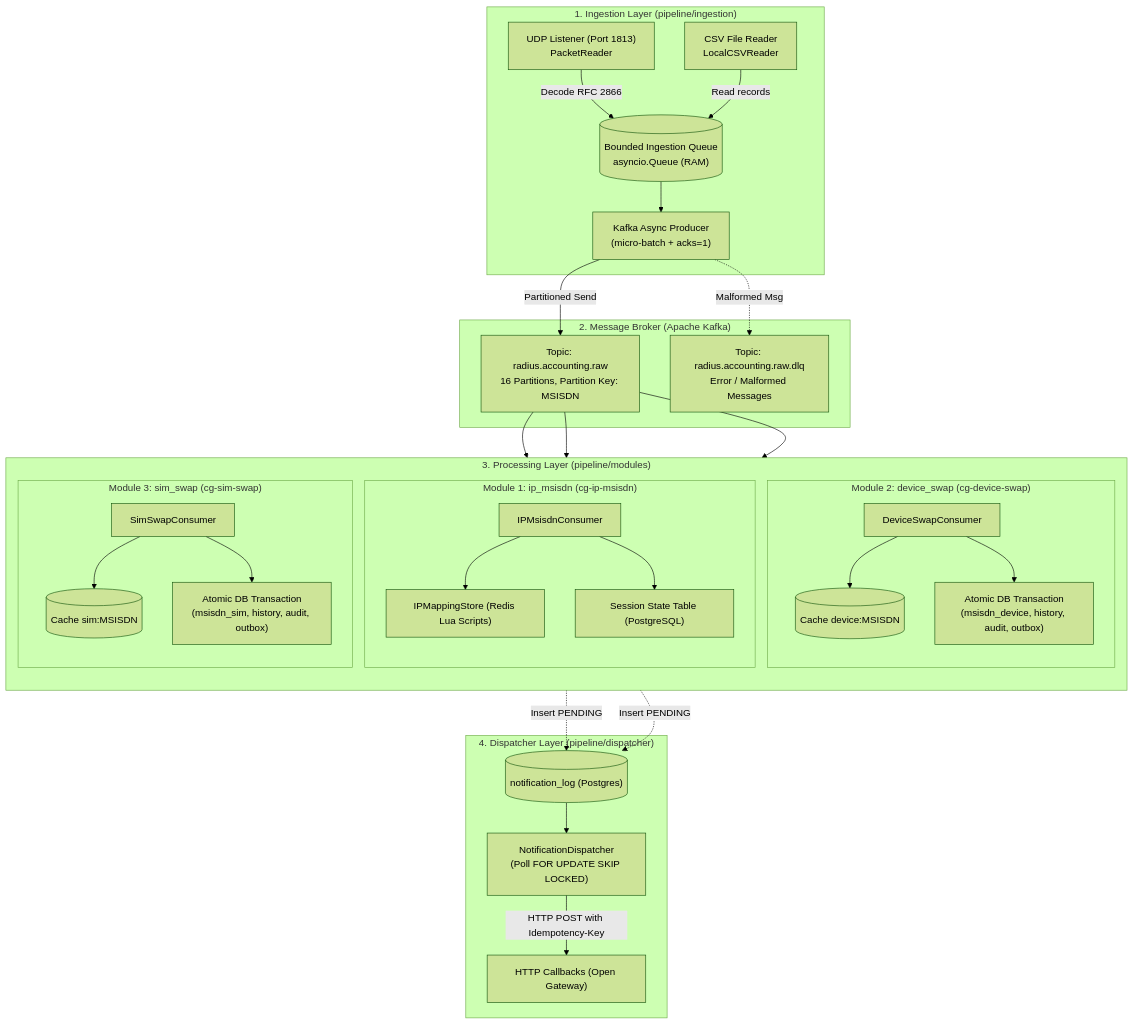
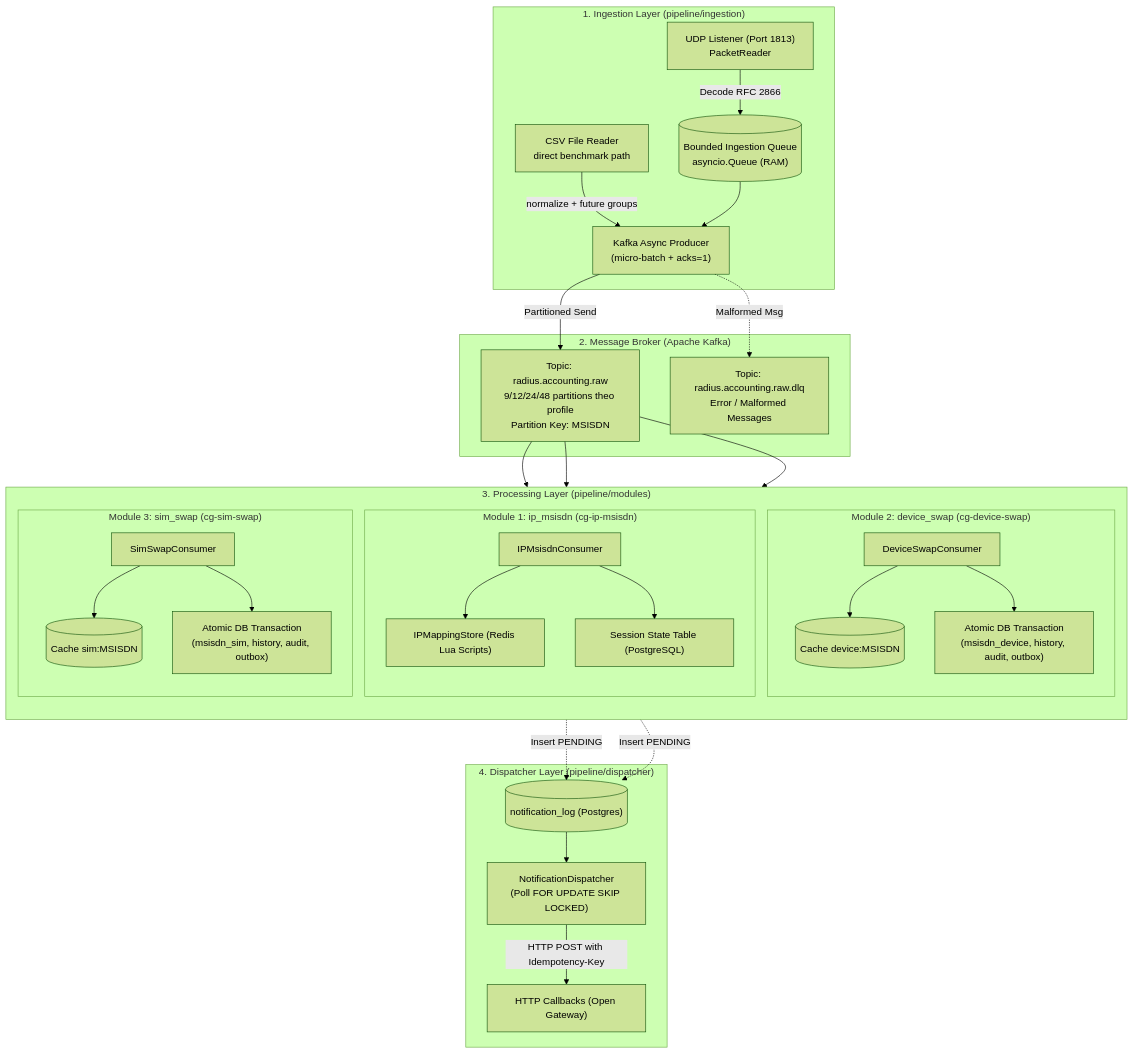
One commit to chuyenvanhust/camara-pipeline changed the first of 2 diagrams in pipeline/README.md. Above: the diagram before and after it, drawn with Mermaid (forest theme). The commit also changed other lines of this file and 34 other files, not shown here.

````diff
--- a/pipeline/README.md
+++ b/pipeline/README.md
@@ -9,62 +9,62 @@
 ```mermaid
 flowchart TD
     subgraph INGESTION["1. Ingestion Layer (pipeline/ingestion)"]
         UDP["UDP Listener (Port 1813)<br/>PacketReader"]
-        CSVPROD["CSV File Reader<br/>LocalCSVReader"]
+        CSVPROD["CSV File Reader<br/>direct benchmark path"]
         QUEUE[("Bounded Ingestion Queue<br/>asyncio.Queue (RAM)")]
         KPROD["Kafka Async Producer<br/>(micro-batch + acks=1)"]
         
         UDP -->|Decode RFC 2866| QUEUE
-        CSVPROD -->|Read records| QUEUE
+        CSVPROD -->|normalize + future groups| KPROD
         QUEUE --> KPROD
     end
 
     subgraph BROKER["2. Message Broker (Apache Kafka)"]
-        TOPIC["Topic: radius.accounting.raw<br/>16 Partitions, Partition Key: MSISDN"]
+        TOPIC["Topic: radius.accounting.raw<br/>9/12/24/48 partitions theo profile<br/>Partition Key: MSISDN"]
         DLQ["Topic: radius.accounting.raw.dlq<br/>Error / Malformed Messages"]
         
         KPROD -->|Partitioned Send| TOPIC
         KPROD -.->|Malformed Msg| DLQ
     end
 
     subgraph PROCESSING["3. Processing Layer (pipeline/modules)"]
         direction TB
         subgraph IPMSISDN["Module 1: ip_msisdn (cg-ip-msisdn)"]
             IP_CONS["IPMsisdnConsumer"]
             IP_STORE["IPMappingStore (Redis Lua Scripts)"]
             IP_DB["Session State Table (PostgreSQL)"]
             IP_CONS --> IP_STORE
             IP_CONS --> IP_DB
         end
 
         subgraph DEVICESWAP["Module 2: device_swap (cg-device-swap)"]
             DEV_CONS["DeviceSwapConsumer"]
             DEV_CACHE[("Cache device:MSISDN")]
             DEV_TX["Atomic DB Transaction<br/>(msisdn_device, history, audit, outbox)"]
             DEV_CONS --> DEV_CACHE
             DEV_CONS --> DEV_TX
         end
 
         subgraph SIMSWAP["Module 3: sim_swap (cg-sim-swap)"]
             SIM_CONS["SimSwapConsumer"]
             SIM_CACHE[("Cache sim:MSISDN")]
             SIM_TX["Atomic DB Transaction<br/>(msisdn_sim, history, audit, outbox)"]
             SIM_CONS --> SIM_CACHE
             SIM_CONS --> SIM_TX
         end
 
         TOPIC --> IP_CONS
         TOPIC --> DEV_CONS
         TOPIC --> SIM_CONS
     end
 
     subgraph DISPATCH["4. Dispatcher Layer (pipeline/dispatcher)"]
         NOTIF_WORKER["NotificationDispatcher<br/>(Poll FOR UPDATE SKIP LOCKED)"]
         WEBHOOK["HTTP Callbacks (Open Gateway)"]
         
         DEV_TX -.->|Insert PENDING| OUTBOX_TBL[("notification_log (Postgres)")]
         SIM_TX -.->|Insert PENDING| OUTBOX_TBL
         OUTBOX_TBL --> NOTIF_WORKER
         NOTIF_WORKER -->|HTTP POST with Idempotency-Key| WEBHOOK
     end
 ```
````
